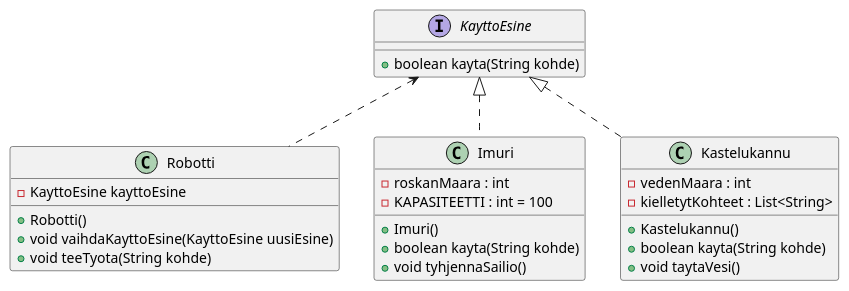
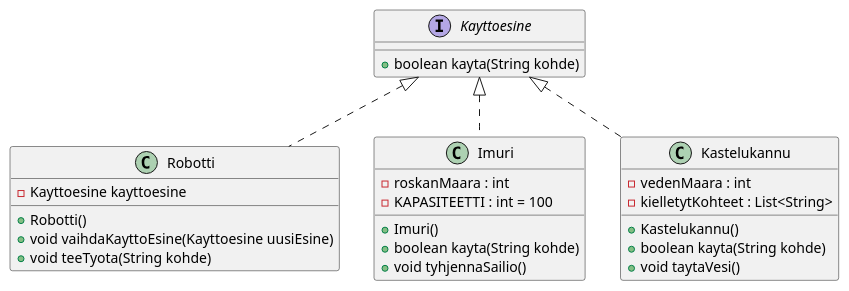
Before and after one commit to ISEAI-JYU/Programming-2: the diagram in src/exercises/4-4-kotityorobotti/handout.md, drawn with PlantUML. The commit also changed other lines of this file, not shown here.

Commit message:
KayttoEsine -> Kayttoesine

````diff
--- a/src/exercises/4-4-kotityorobotti/handout.md
+++ b/src/exercises/4-4-kotityorobotti/handout.md
@@ -8,37 +8,37 @@
 ```plantuml
 @startuml
 class Robotti {
-    -KayttoEsine kayttoEsine
+    -Kayttoesine kayttoesine
     +Robotti()
-    +void vaihdaKayttoEsine(KayttoEsine uusiEsine)
+    +void vaihdaKayttoEsine(Kayttoesine uusiEsine)
     +void teeTyota(String kohde)
 }
 
-interface KayttoEsine {
+interface Kayttoesine {
     +boolean kayta(String kohde)
 }
 
 class Imuri {
     -roskanMaara : int
     -KAPASITEETTI : int = 100
     +Imuri()
     +boolean kayta(String kohde)
     +void tyhjennaSailio()
 }
 
 
 class Kastelukannu {
     -vedenMaara : int
     -kielletytKohteet : List<String>
     +Kastelukannu()
     +boolean kayta(String kohde)
     +void taytaVesi()
 }
 
 
-KayttoEsine <|.. Imuri
-KayttoEsine <|.. Kastelukannu
-KayttoEsine <.. Robotti
+Kayttoesine <|.. Imuri
+Kayttoesine <|.. Kastelukannu
+Kayttoesine <|.. Robotti
 
 @enduml
 ```
````
